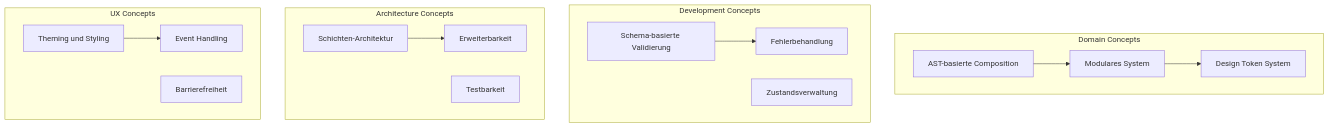
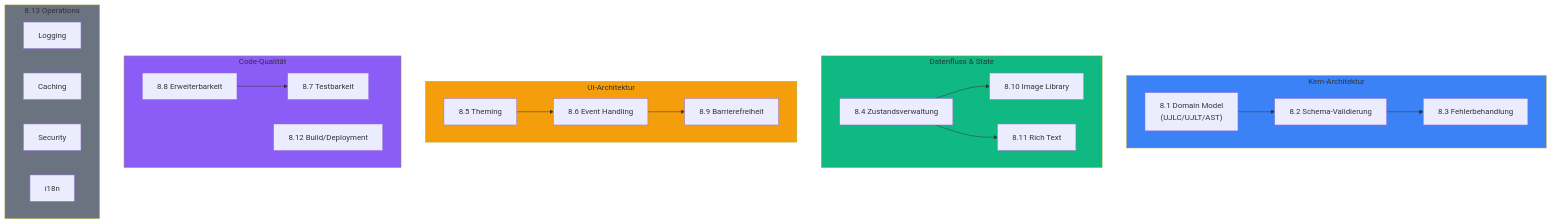
Before and after one commit to mainzcript/ujl: the first of 10 diagrams in apps/docs/src/arc42/08-crosscutting-concepts.md, drawn with Mermaid. The commit also changed other lines of this file and 6 other files, not shown here.

Commit message:
refactor: enhance architecture documentation with detailed explanations of module-to-node transformations, structural relationships, and deployment strategies, while improving clarity and consistency across sections

````diff
--- a/apps/docs/src/arc42/08-crosscutting-concepts.md
+++ b/apps/docs/src/arc42/08-crosscutting-concepts.md
@@ -10,32 +12,47 @@
 ```mermaid
 graph TB
-    subgraph DomainConcepts["Domain Concepts"]
-        AST["AST-basierte Composition"]
-        ModuleSystem["Modulares System"]
-        TokenSystem["Design Token System"]
+    subgraph CoreConcepts["Kern-Architektur"]
+        Domain["8.1 Domain Model<br/>(UJLC/UJLT/AST)"]
+        Validation["8.2 Schema-Validierung"]
+        Error["8.3 Fehlerbehandlung"]
     end
 
-    subgraph DevelopmentConcepts["Development Concepts"]
-        Validation["Schema-basierte Validierung"]
-        ErrorHandling["Fehlerbehandlung"]
-        StateManagement["Zustandsverwaltung"]
+    subgraph DataFlow["Datenfluss & State"]
+        State["8.4 Zustandsverwaltung"]
+        ImageLib["8.10 Image Library"]
+        RichText["8.11 Rich Text"]
     end
 
-    subgraph ArchitectureConcepts["Architecture Concepts"]
-        Layering["Schichten-Architektur"]
-        Extensibility["Erweiterbarkeit"]
-        Testing["Testbarkeit"]
+    subgraph UIArchitecture["UI-Architektur"]
+        Theme["8.5 Theming"]
+        Events["8.6 Event Handling"]
+        A11y["8.9 Barrierefreiheit"]
     end
 
-    subgraph UXConcepts["UX Concepts"]
-        Theming["Theming und Styling"]
-        EventHandling["Event Handling"]
-        Accessibility["Barrierefreiheit"]
+    subgraph CodeQuality["Code-Qualität"]
+        Test["8.7 Testbarkeit"]
+        Extend["8.8 Erweiterbarkeit"]
+        Build["8.12 Build/Deployment"]
     end
 
-    AST --> ModuleSystem
-    ModuleSystem --> TokenSystem
-    Validation --> ErrorHandling
-    Layering --> Extensibility
-    Theming --> EventHandling
+    subgraph Operations["8.13 Operations"]
+        Logging["Logging"]
+        Caching["Caching"]
+        Security["Security"]
+        I18n["i18n"]
+    end
+
+    Domain --> Validation
+    Validation --> Error
+    State --> ImageLib
+    State --> RichText
+    Theme --> Events
+    Events --> A11y
+    Extend --> Test
+
+    style CoreConcepts fill:#3b82f6
+    style DataFlow fill:#10b981
+    style UIArchitecture fill:#f59e0b
+    style CodeQuality fill:#8b5cf6
+    style Operations fill:#6b7280
 ```
````
